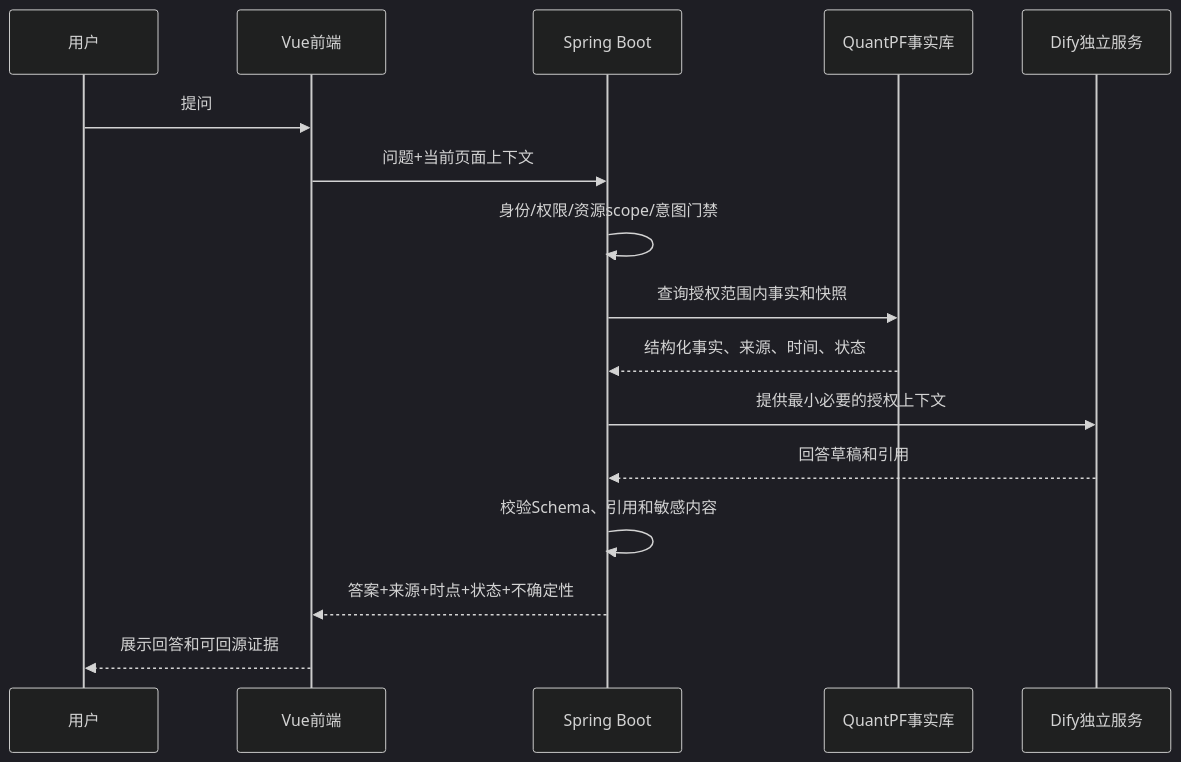
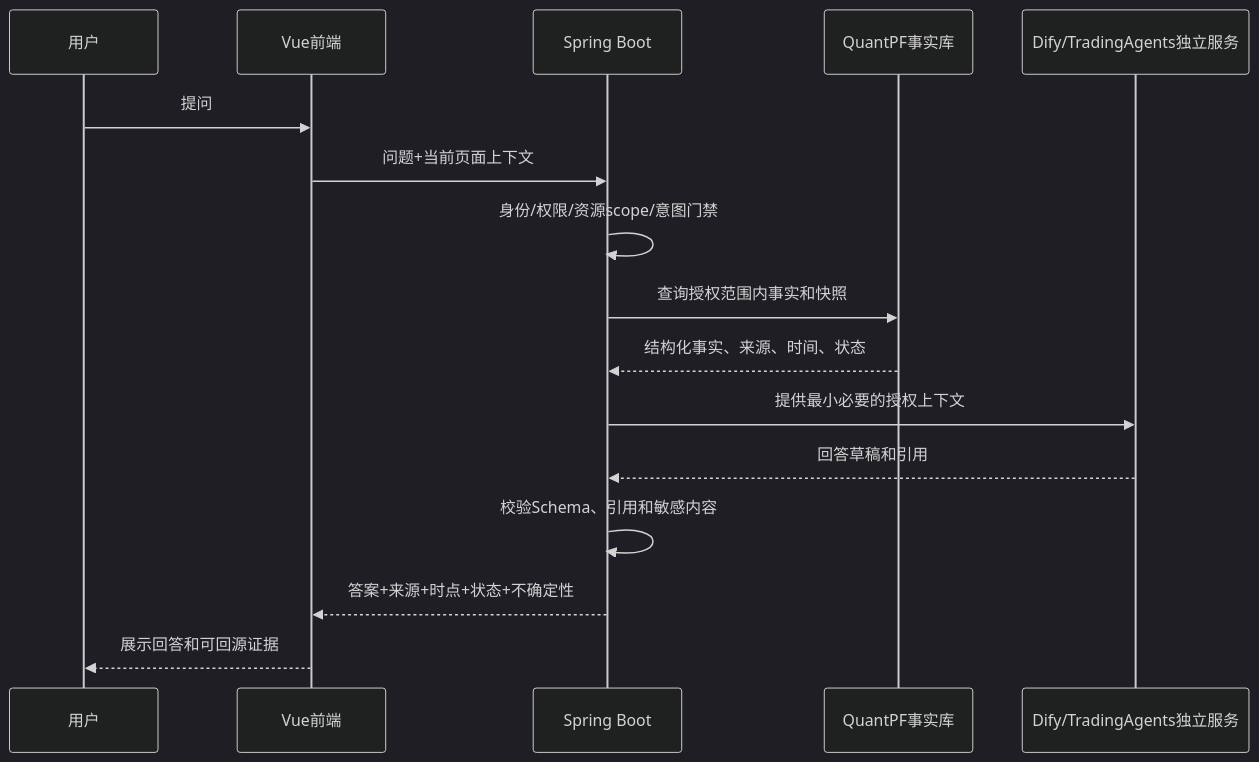
The fourth of 8 diagrams in doc/详设文档/详设_5_用户界面与系统支撑详细设计方案.md (shaoqf2350/quant), drawn with Mermaid (dark theme) before and after one commit. The commit also changed other lines of this file and 100 other files, not shown here.

````diff
--- a/doc/详设文档/详设_5_用户界面与系统支撑详细设计方案.md
+++ b/doc/详设文档/详设_5_用户界面与系统支撑详细设计方案.md
@@ -738,18 +745,18 @@
 ```mermaid
 sequenceDiagram
   participant U as 用户
   participant FE as Vue前端
   participant SB as Spring Boot
   participant DB as QuantPF事实库
-  participant D as Dify独立服务
+  participant D as Dify/TradingAgents独立服务
   U->>FE: 提问
   FE->>SB: 问题+当前页面上下文
   SB->>SB: 身份/权限/资源scope/意图门禁
   SB->>DB: 查询授权范围内事实和快照
   DB-->>SB: 结构化事实、来源、时间、状态
   SB->>D: 提供最小必要的授权上下文
   D-->>SB: 回答草稿和引用
   SB->>SB: 校验Schema、引用和敏感内容
   SB-->>FE: 答案+来源+时点+状态+不确定性
   FE-->>U: 展示回答和可回源证据
 ```
````
